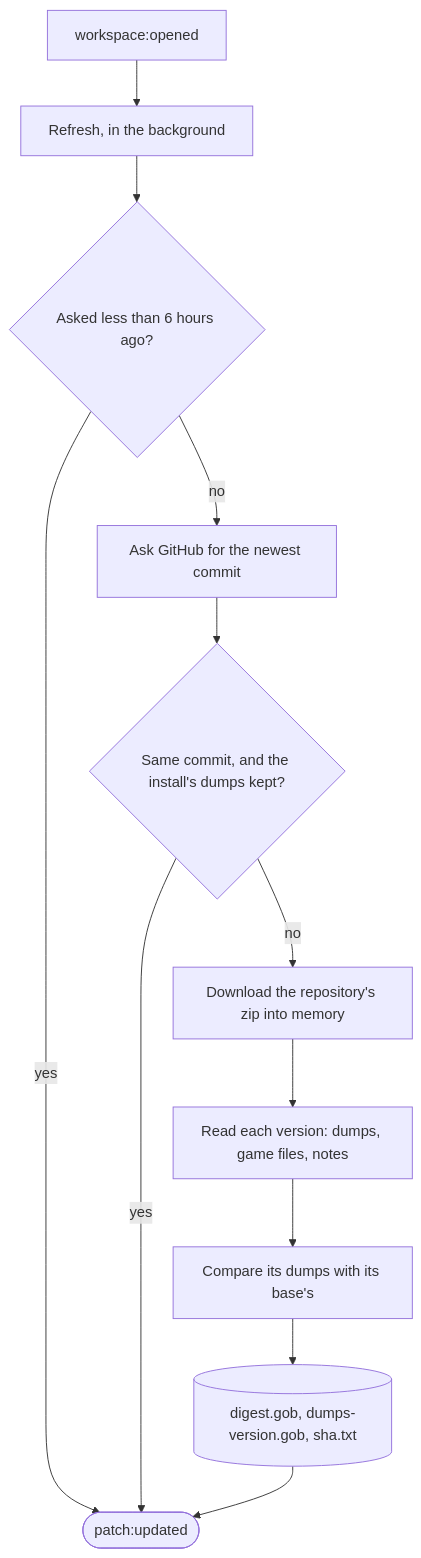
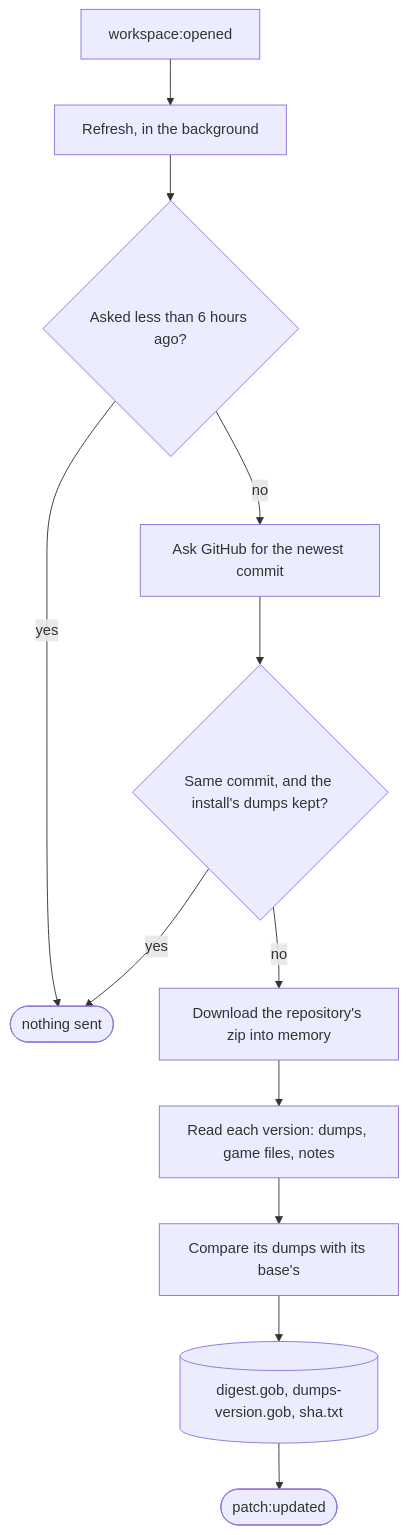
One commit to idodavis/paradox-modding-tools changed the diagram in services/patch/README.md. Above: the diagram before and after it, drawn with Mermaid. The commit also changed other lines of this file and 96 other files, not shown here.

````diff
--- a/services/patch/README.md
+++ b/services/patch/README.md
@@ -18,14 +18,14 @@
 ```mermaid
 flowchart TD
   opened["workspace:opened"] --> refresh["Refresh, in the background"]
   refresh --> asked{"Asked less than 6 hours ago?"}
-  asked -->|yes| updated
+  asked -->|yes| done
   asked -->|no| head["Ask GitHub for the newest commit"]
   head --> current{"Same commit, and the install's dumps kept?"}
-  current -->|yes| updated
+  current -->|yes| done(["nothing sent"])
   current -->|no| zip["Download the repository's zip into memory"]
   zip --> read["Read each version: dumps, game files, notes"]
   read --> compare["Compare its dumps with its base's"]
   compare --> saved[("digest.gob, dumps-version.gob, sha.txt")]
   saved --> updated(["patch:updated"])
 ```
````
